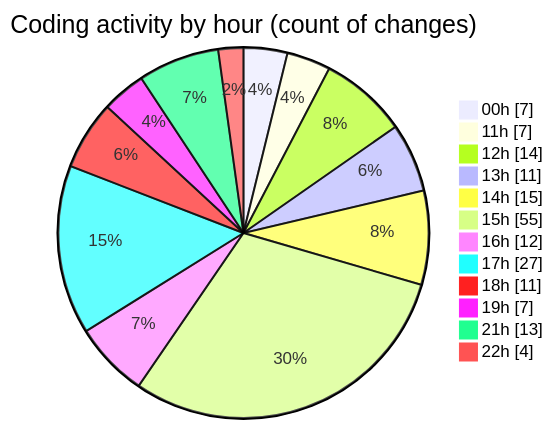
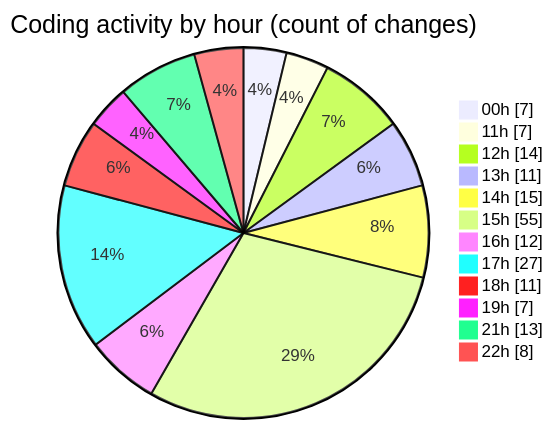
The second of 2 diagrams in 2025-10-08/eventscop-frontend-guide__workspace_/README.md (julien-gomy/code-tracking), drawn with Mermaid before and after one commit. The commit also changed other lines of this file and 1 other file, not shown here.

````diff
--- a/2025-10-08/eventscop-frontend-guide__workspace_/README.md
+++ b/2025-10-08/eventscop-frontend-guide__workspace_/README.md
@@ -74,16 +74,16 @@
 ```mermaid
 pie showData
 title Coding activity by hour (count of changes)
 "00h" : 7
 "11h" : 7
 "12h" : 14
 "13h" : 11
 "14h" : 15
 "15h" : 55
 "16h" : 12
 "17h" : 27
 "18h" : 11
 "19h" : 7
 "21h" : 13
-"22h" : 4
+"22h" : 8
 ```
````
